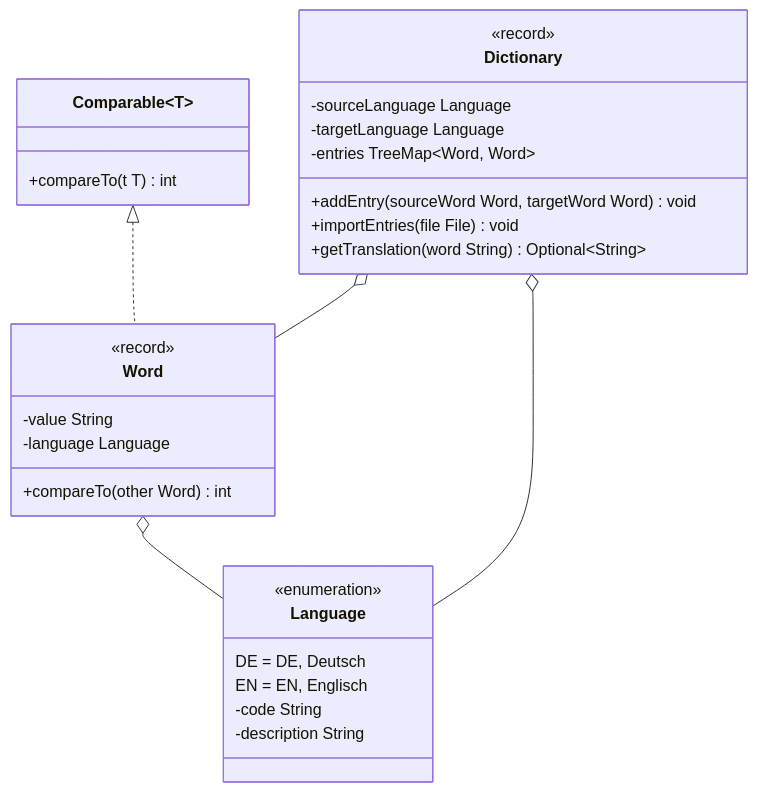
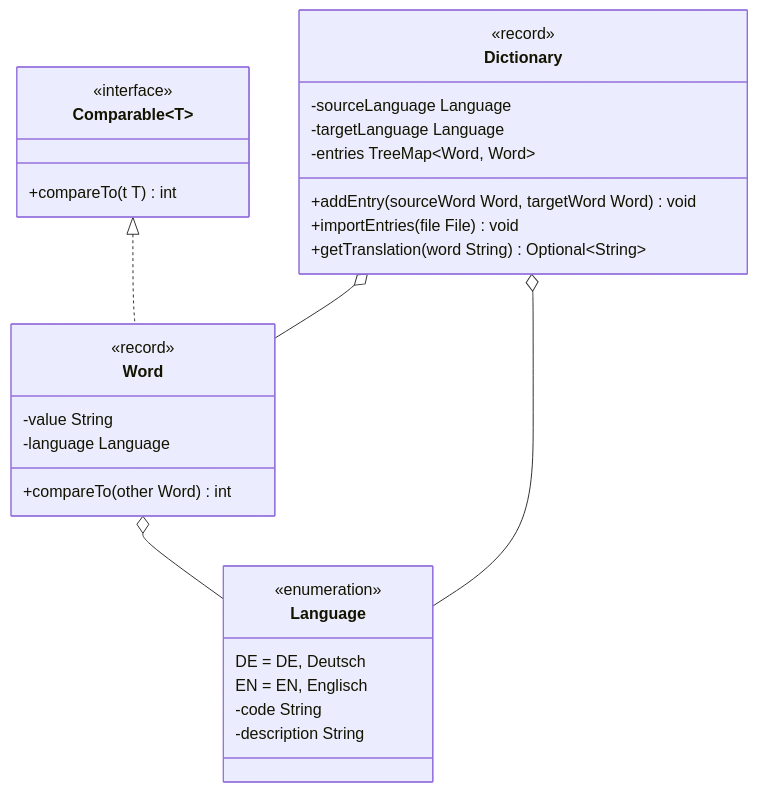
Before and after one commit to jappuccini/java-docs: the diagram in docs/exam-exercises/exam-exercises-java2/dictionary.md, drawn with Mermaid.

````diff
--- a/docs/exam-exercises/exam-exercises-java2/dictionary.md
+++ b/docs/exam-exercises/exam-exercises-java2/dictionary.md
@@ -11,36 +11,37 @@
 ```mermaid
 classDiagram
     Comparable~T~ <|.. Word
     Word o-- Language
     Dictionary o-- Word
     Dictionary o-- Language
 
     class Word {
         <<record>>
         -value String
         -language Language
         +compareTo(other Word) int
     }
 
     class Comparable~T~ {
+        <<interface>>
         +compareTo(t T) int
     }
 
     class Language {
         <<enumeration>>
         DE = DE, Deutsch
         EN = EN, Englisch
         -code String
         -description String
     }
 
     class Dictionary {
         <<record>>
         -sourceLanguage Language
         -targetLanguage Language
         -entries TreeMap~Word&#44&#160Word~
         +addEntry(sourceWord Word, targetWord Word) void
         +importEntries(file File) void
         +getTranslation(word String) Optional~String~
     }
 ```
````
